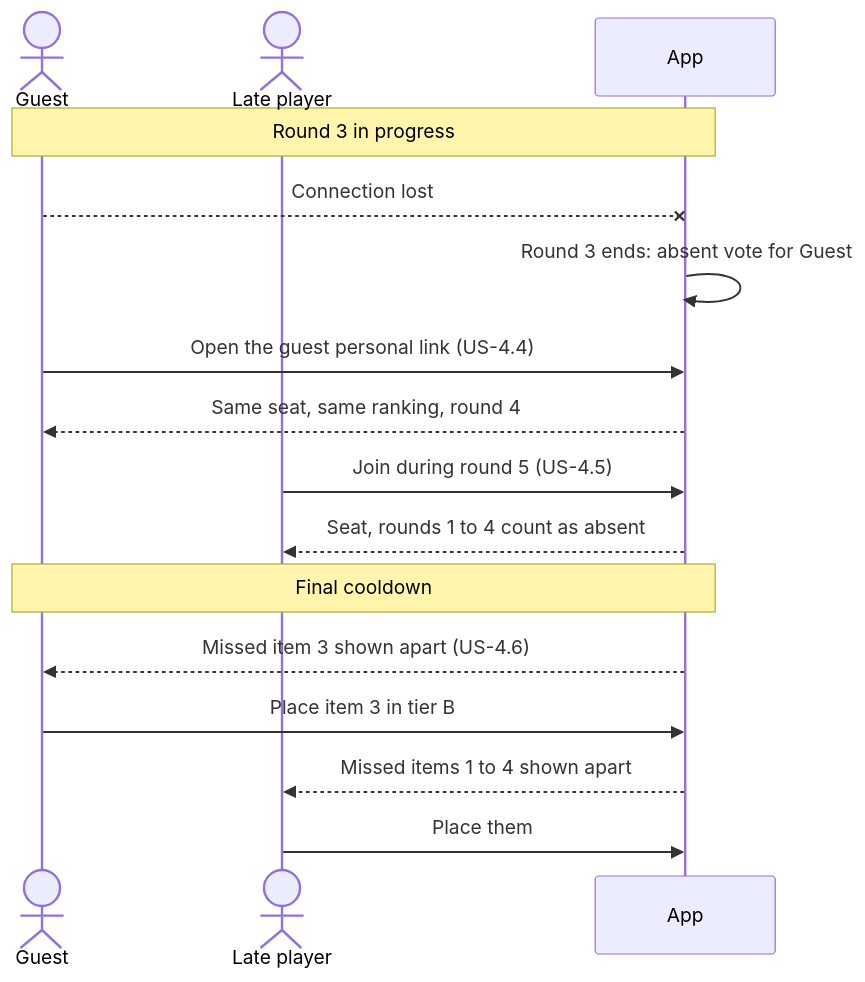
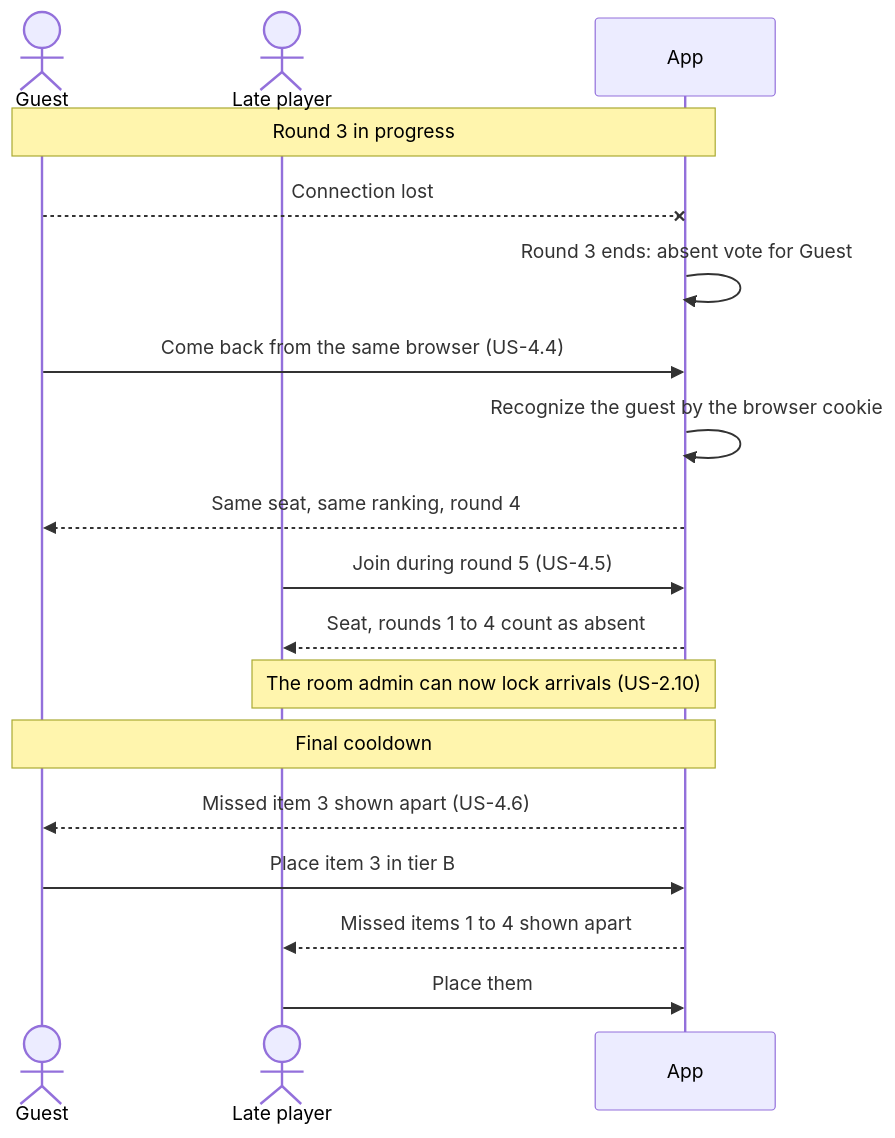
One commit to Bagra67/TierList changed the fourth of 5 diagrams in docs/product/milestone-1/game-flow.md. Above: the diagram before and after it, drawn with Mermaid. The commit also changed other lines of this file and 19 other files, not shown here.

First line of the commit message:
docs(product): lock arrivals, remember guests, link or code to join

````diff
--- a/docs/product/milestone-1/game-flow.md
+++ b/docs/product/milestone-1/game-flow.md
@@ -78,18 +78,20 @@
 ```mermaid
 sequenceDiagram
     actor Guest
     actor Late as Late player
     participant App
     Note over Guest,App: Round 3 in progress
     Guest--xApp: Connection lost
     App->>App: Round 3 ends: absent vote for Guest
-    Guest->>App: Open the guest personal link (US-4.4)
+    Guest->>App: Come back from the same browser (US-4.4)
+    App->>App: Recognize the guest by the browser cookie
     App-->>Guest: Same seat, same ranking, round 4
     Late->>App: Join during round 5 (US-4.5)
     App-->>Late: Seat, rounds 1 to 4 count as absent
+    Note over Late,App: The room admin can now lock arrivals (US-2.10)
     Note over Guest,App: Final cooldown
     App-->>Guest: Missed item 3 shown apart (US-4.6)
     Guest->>App: Place item 3 in tier B
     App-->>Late: Missed items 1 to 4 shown apart
     Late->>App: Place them
 ```
````
